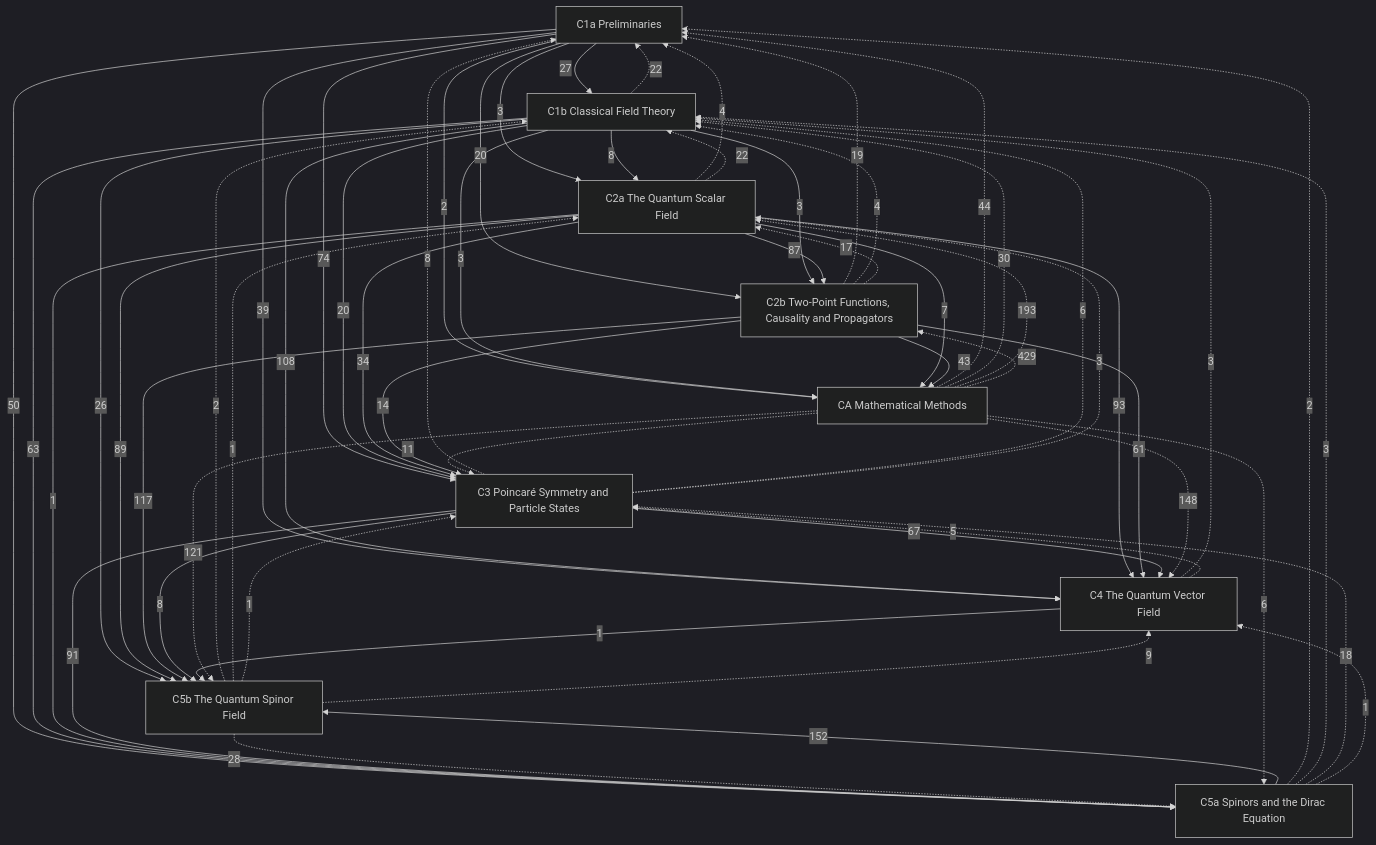
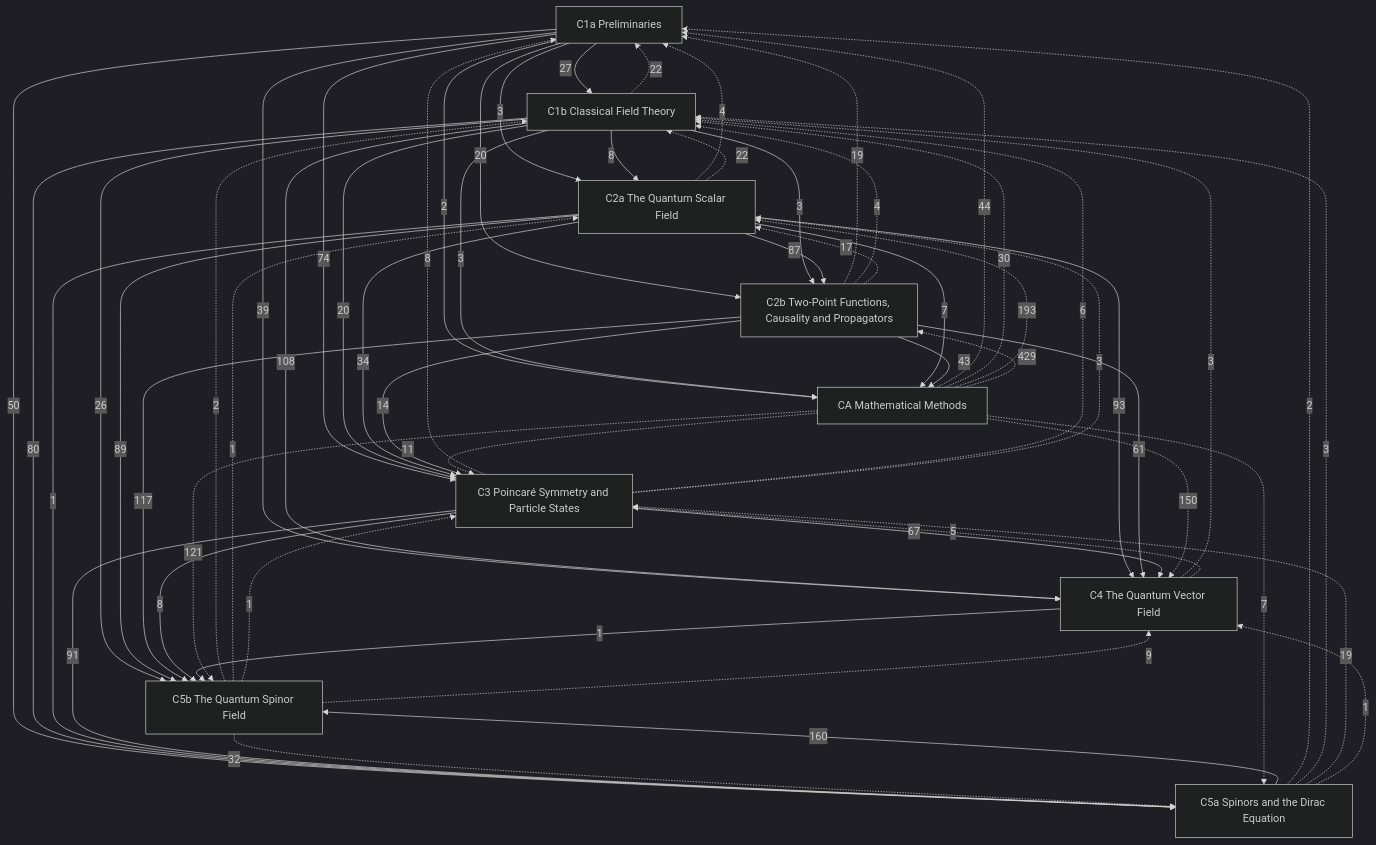
The diagram in Physics/Quantum Field Theory/Quantum Field Theory.md (Onion20040508/notes), drawn with Mermaid (dark theme) before and after one commit. The commit also changed 95 other files, not shown here.

````diff
--- a/Physics/Quantum Field Theory/Quantum Field Theory.md
+++ b/Physics/Quantum Field Theory/Quantum Field Theory.md
@@ -28,69 +28,69 @@
 ```mermaid
 graph TD
   C1a["C1a Preliminaries"]
   C1b["C1b Classical Field Theory"]
   C2a["C2a The Quantum Scalar Field"]
   C2b["C2b Two-Point Functions, Causality and Propagators"]
   C3["C3 Poincaré Symmetry and Particle States"]
   C4["C4 The Quantum Vector Field"]
   C5a["C5a Spinors and the Dirac Equation"]
   C5b["C5b The Quantum Spinor Field"]
   CA["CA Mathematical Methods"]
   C1a -->|27| C1b
   C1a -->|3| C2a
   C1b -->|8| C2a
   C1a -->|20| C2b
   C1b -->|3| C2b
   C2a -->|87| C2b
   C1a -->|74| C3
   C1b -->|20| C3
   C2a -->|34| C3
   C2b -->|14| C3
   C1a -->|39| C4
   C1b -->|108| C4
   C2a -->|93| C4
   C2b -->|61| C4
   C3 -->|67| C4
   C1a -->|50| C5a
-  C1b -->|63| C5a
+  C1b -->|80| C5a
   C2a -->|1| C5a
   C3 -->|91| C5a
   C1b -->|26| C5b
   C2a -->|89| C5b
   C2b -->|117| C5b
   C3 -->|8| C5b
   C4 -->|1| C5b
-  C5a -->|152| C5b
+  C5a -->|160| C5b
   C1a -->|2| CA
   C1b -->|3| CA
   C2a -->|7| CA
   C2b -->|43| CA
   C1b -.->|22| C1a
   C2a -.->|4| C1a
   C2b -.->|19| C1a
   C3 -.->|8| C1a
   C5a -.->|2| C1a
   CA -.->|44| C1a
   C2a -.->|22| C1b
   C2b -.->|4| C1b
   C3 -.->|6| C1b
   C4 -.->|3| C1b
   C5a -.->|3| C1b
   C5b -.->|2| C1b
   CA -.->|30| C1b
   C2b -.->|17| C2a
   C3 -.->|3| C2a
   C5b -.->|1| C2a
   CA -.->|193| C2a
   CA -.->|429| C2b
   C4 -.->|5| C3
-  C5a -.->|18| C3
+  C5a -.->|19| C3
   C5b -.->|1| C3
   CA -.->|11| C3
   C5a -.->|1| C4
   C5b -.->|9| C4
-  CA -.->|148| C4
-  C5b -.->|28| C5a
-  CA -.->|6| C5a
+  CA -.->|150| C4
+  C5b -.->|32| C5a
+  CA -.->|7| C5a
   CA -.->|121| C5b
 ```
````
